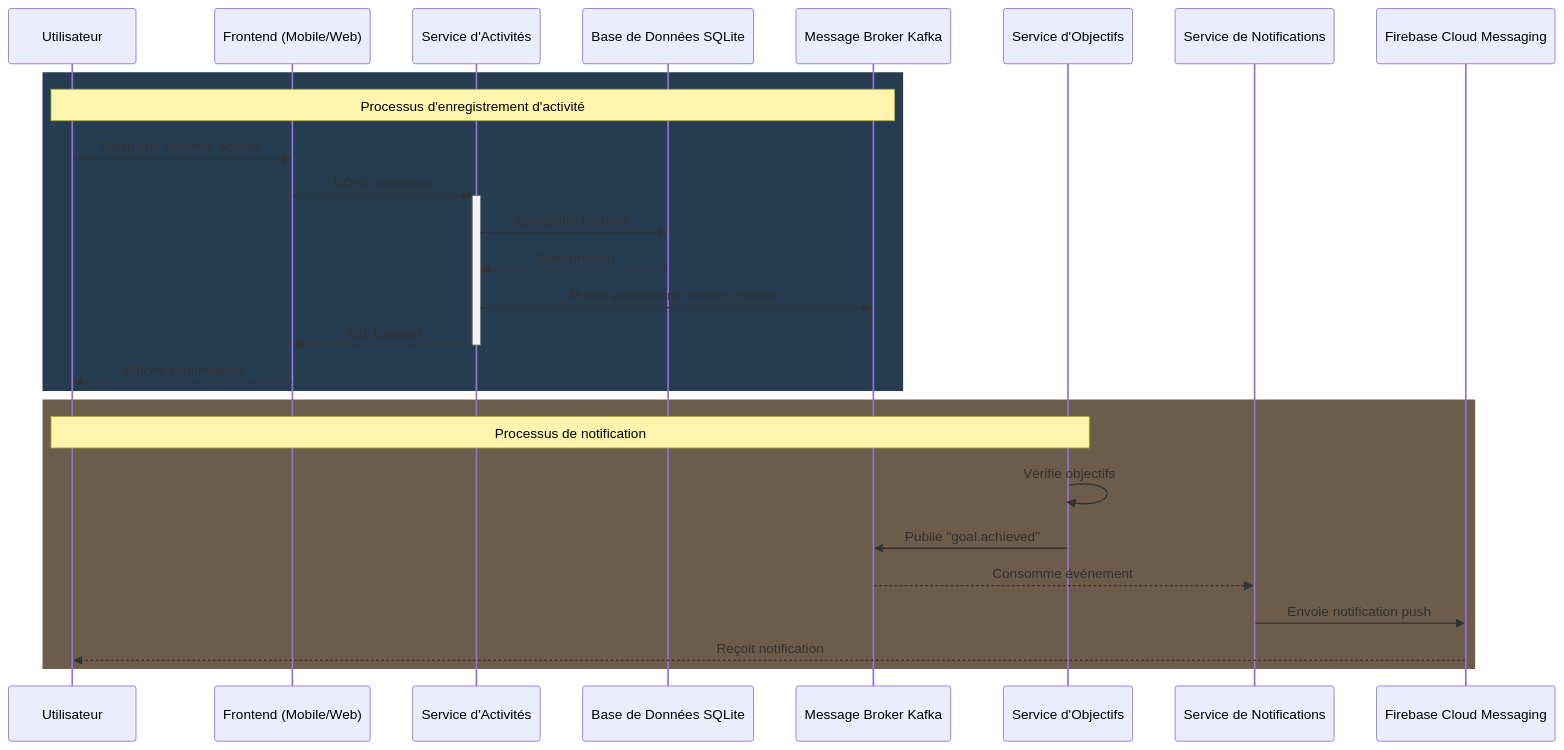
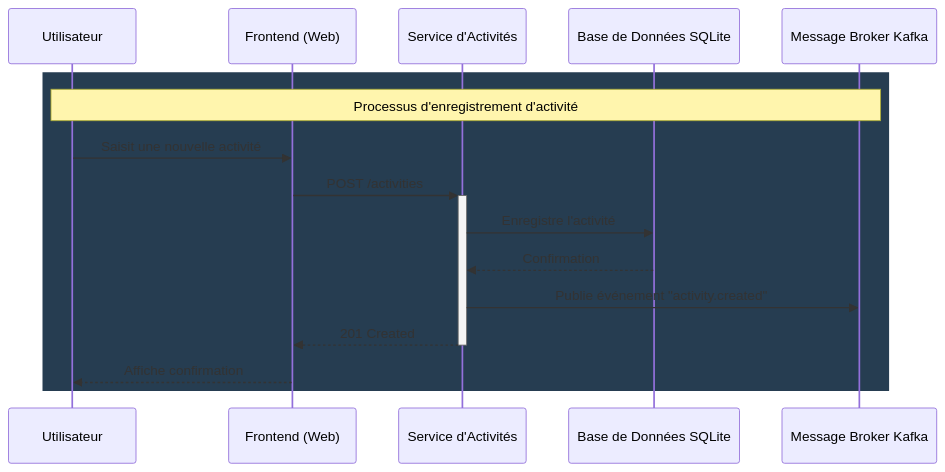
One commit to marouaneaka/gofit changed the sixth of 7 diagrams in conception/ArchitectureTechnique.md. Above: the diagram before and after it, drawn with Mermaid. The commit also changed other lines of this file, not shown here.

````diff
--- a/conception/ArchitectureTechnique.md
+++ b/conception/ArchitectureTechnique.md
@@ -132,33 +138,21 @@
 ```mermaid
 sequenceDiagram
     participant User as Utilisateur
-    participant Front as Frontend (Mobile/Web)
+    participant Front as Frontend (Web)
     participant AS as Service d'Activités
     participant DB as Base de Données SQLite
     participant Kafka as Message Broker Kafka
-    participant GS as Service d'Objectifs
-    participant NS as Service de Notifications
-    participant FCM as Firebase Cloud Messaging
+
     
     %% Flux d'enregistrement d'activité
     rect rgb(38, 61, 81)
         Note over User,Kafka: Processus d'enregistrement d'activité
         User->>Front: Saisit une nouvelle activité
         Front->>+AS: POST /activities
         AS->>DB: Enregistre l'activité
         DB-->>AS: Confirmation
         AS->>Kafka: Publie événement "activity.created"
         AS-->>-Front: 201 Created
         Front-->>User: Affiche confirmation
     end
-    
-    %% Flux de notification d'objectif atteint
-    rect rgb(108, 92, 73)
-        Note over GS,User: Processus de notification
-        GS->>GS: Vérifie objectifs
-        GS->>Kafka: Publie "goal.achieved"
-        Kafka-->>NS: Consomme événement
-        NS->>FCM: Envoie notification push
-        FCM-->>User: Reçoit notification
-    end
 ```
````
